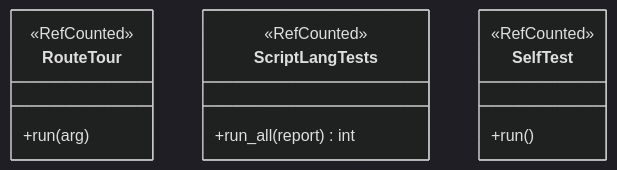
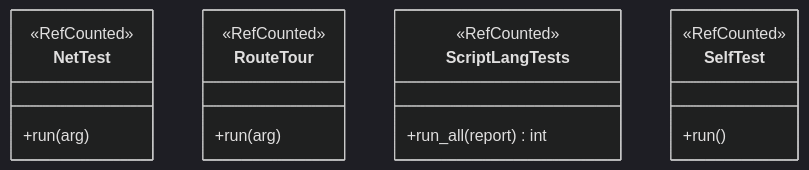
One commit to soyjuza/aritma changed diagram 14 of 14 in docs/UML_COMPLETO.md. Above: the diagram before and after it, drawn with Mermaid (dark theme). The commit also changed other lines of this file and 46 other files, not shown here.

````diff
--- a/docs/UML_COMPLETO.md
+++ b/docs/UML_COMPLETO.md
@@ -1348,15 +1416,19 @@
 ```mermaid
 classDiagram
+    class NetTest {
+        <<RefCounted>>
+        +run(arg)
+    }
     class RouteTour {
         <<RefCounted>>
         +run(arg)
     }
     class ScriptLangTests {
         <<RefCounted>>
         +run_all(report) int
     }
     class SelfTest {
         <<RefCounted>>
         +run()
     }
 ```
````
